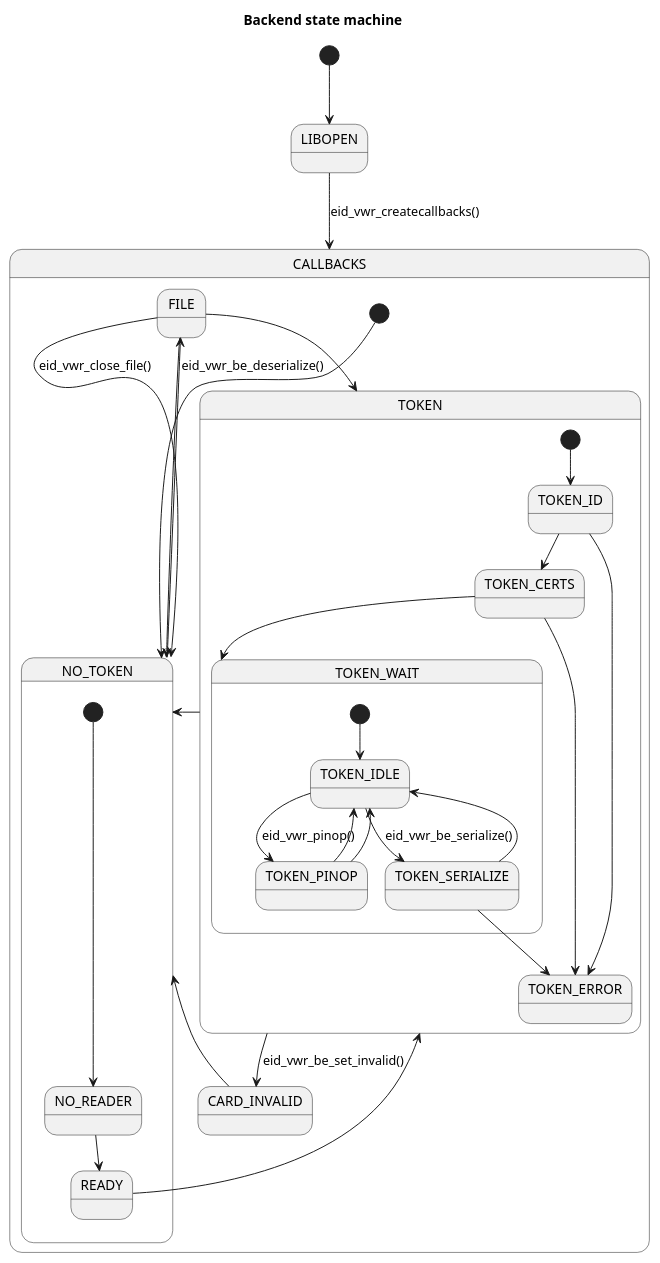
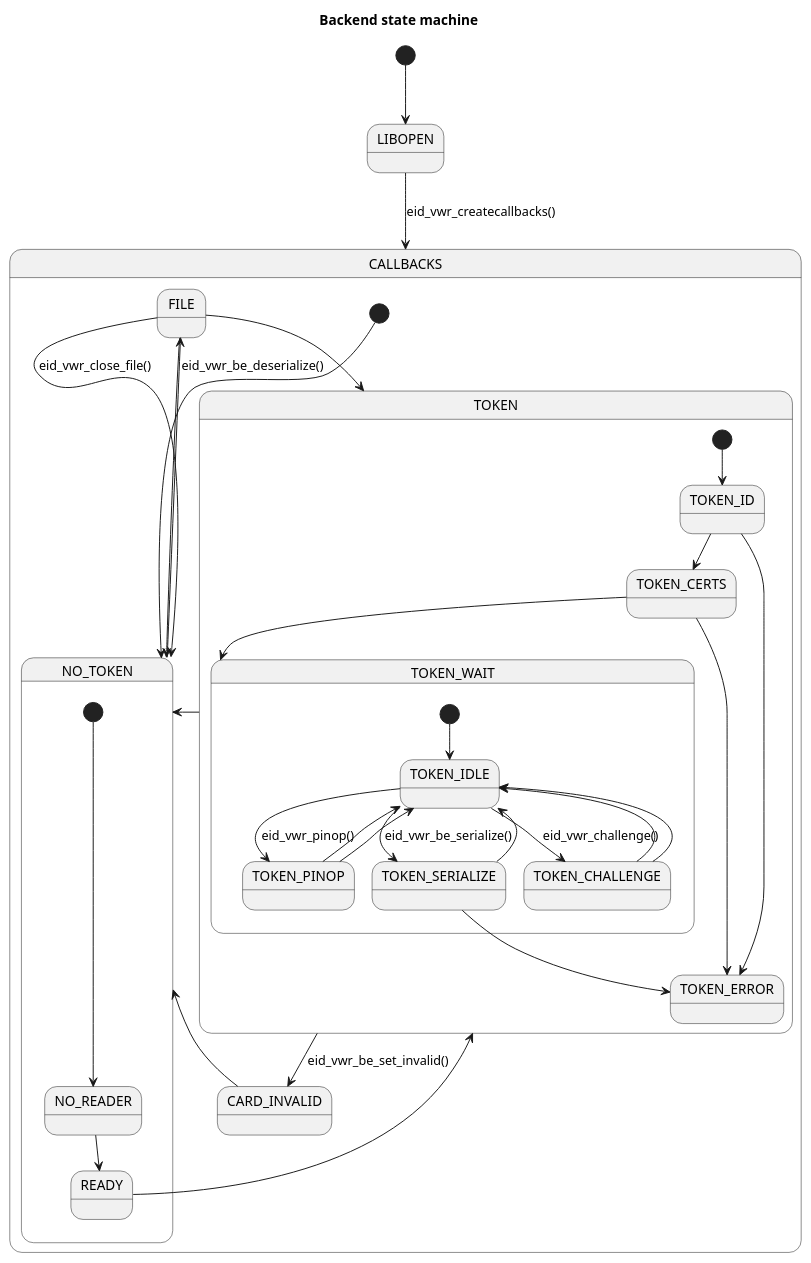
The diagram in plugins_tools/eid-viewer/uml/be-statemach-docs.puml (Fedict/eid-mw), drawn with PlantUML before and after one commit. The commit also changed 2 other files, not shown here.

Commit message:
Added state TOKEN_CHALLENGE to the uml documentation of the eID Viewer Backend

```diff
--- a/plugins_tools/eid-viewer/uml/be-statemach-docs.puml
+++ b/plugins_tools/eid-viewer/uml/be-statemach-docs.puml
@@ -1,83 +1,87 @@
 @startuml
 title Backend state machine
 
 ' This file documents the state machine as implemented in state.c. It
 ' can be converted to a diagram by way of PlantUML, see
 ' http://plantuml.com/
 '
 ' This version of the state machine is for the benefit of people who
 ' want to use the eID Viewer backend library, and don't care about how
 ' everything is implemented. It therefore contains documents which
 ' external function call has which state machine transition as an
 ' effect, rather than which event (as in the other state machine
 ' diagram)
 
 [*] --> LIBOPEN
 
 LIBOPEN --> CALLBACKS : eid_vwr_createcallbacks()
 
 state CALLBACKS {
   state NO_TOKEN
   state TOKEN
   state FILE
   state CARD_INVALID
 
   [*] --> NO_TOKEN
 
   NO_TOKEN --> FILE : eid_vwr_be_deserialize()
   FILE --> NO_TOKEN : eid_vwr_close_file()
   FILE --> TOKEN
   FILE --> NO_TOKEN
 
   TOKEN --> NO_TOKEN
   TOKEN --> CARD_INVALID : eid_vwr_be_set_invalid()
 
   CARD_INVALID --> NO_TOKEN
 
   state NO_TOKEN {
     state NO_READER
     state READY
 
     [*] --> NO_READER
     NO_READER --> READY
 
     READY --> TOKEN
   }
 
   state TOKEN {
     state TOKEN_ID
     state TOKEN_CERTS
     state TOKEN_ERROR
     state TOKEN_WAIT
 
 
     [*] --> TOKEN_ID
 
     TOKEN_ID --> TOKEN_CERTS
     TOKEN_ID --> TOKEN_ERROR
 
     TOKEN_CERTS --> TOKEN_WAIT
     TOKEN_CERTS --> TOKEN_ERROR
  
     state TOKEN_WAIT {
       state TOKEN_IDLE
       state TOKEN_PINOP
       state TOKEN_SERIALIZE
+	  state TOKEN_CHALLENGE
 
       [*] --> TOKEN_IDLE
 
       TOKEN_IDLE --> TOKEN_PINOP : eid_vwr_pinop()
       TOKEN_IDLE --> TOKEN_SERIALIZE : eid_vwr_be_serialize()
+	  TOKEN_IDLE --> TOKEN_CHALLENGE : eid_vwr_challenge()
 
       TOKEN_PINOP --> TOKEN_IDLE
       TOKEN_PINOP --> TOKEN_IDLE
 
       TOKEN_SERIALIZE --> TOKEN_IDLE
       TOKEN_SERIALIZE --> TOKEN_ERROR
 
+      TOKEN_CHALLENGE --> TOKEN_IDLE
+      TOKEN_CHALLENGE --> TOKEN_IDLE
     }
 
   }
 }
 
 @enduml
```
